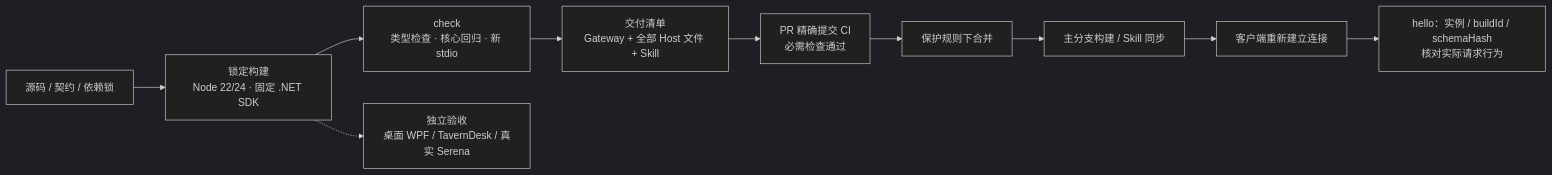
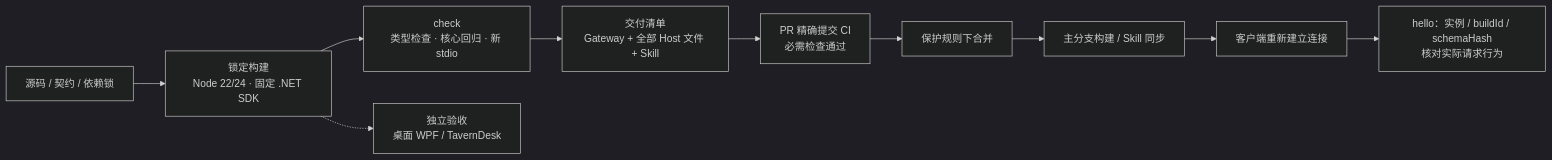
One commit to linnnn89/WinCode changed the fifth of 5 diagrams in WinCode-架构与数据流说明.md. Above: the diagram before and after it, drawn with Mermaid (dark theme). The commit also changed other lines of this file and 104 other files, not shown here.

````diff
--- a/WinCode-架构与数据流说明.md
+++ b/WinCode-架构与数据流说明.md
@@ -212,12 +212,12 @@
 ```mermaid
 flowchart LR
   Source["源码 / 契约 / 依赖锁"] --> Build["锁定构建\nNode 22/24 · 固定 .NET SDK"]
   Build --> Check["check\n类型检查 · 核心回归 · 新 stdio"]
   Check --> Manifest["交付清单\nGateway + 全部 Host 文件 + Skill"]
   Manifest --> PR["PR 精确提交 CI\n必需检查通过"]
   PR --> Merge["保护规则下合并"]
   Merge --> Disk["主分支构建 / Skill 同步"]
   Disk --> Reconnect["客户端重新建立连接"]
   Reconnect --> Identity["hello：实例 / buildId / schemaHash\n核对实际请求行为"]
-  Build -.-> Desktop["独立验收\n桌面 WPF / TavernDesk / 真实 Serena"]
+  Build -.-> Desktop["独立验收\n桌面 WPF / TavernDesk"]
 ```
````
